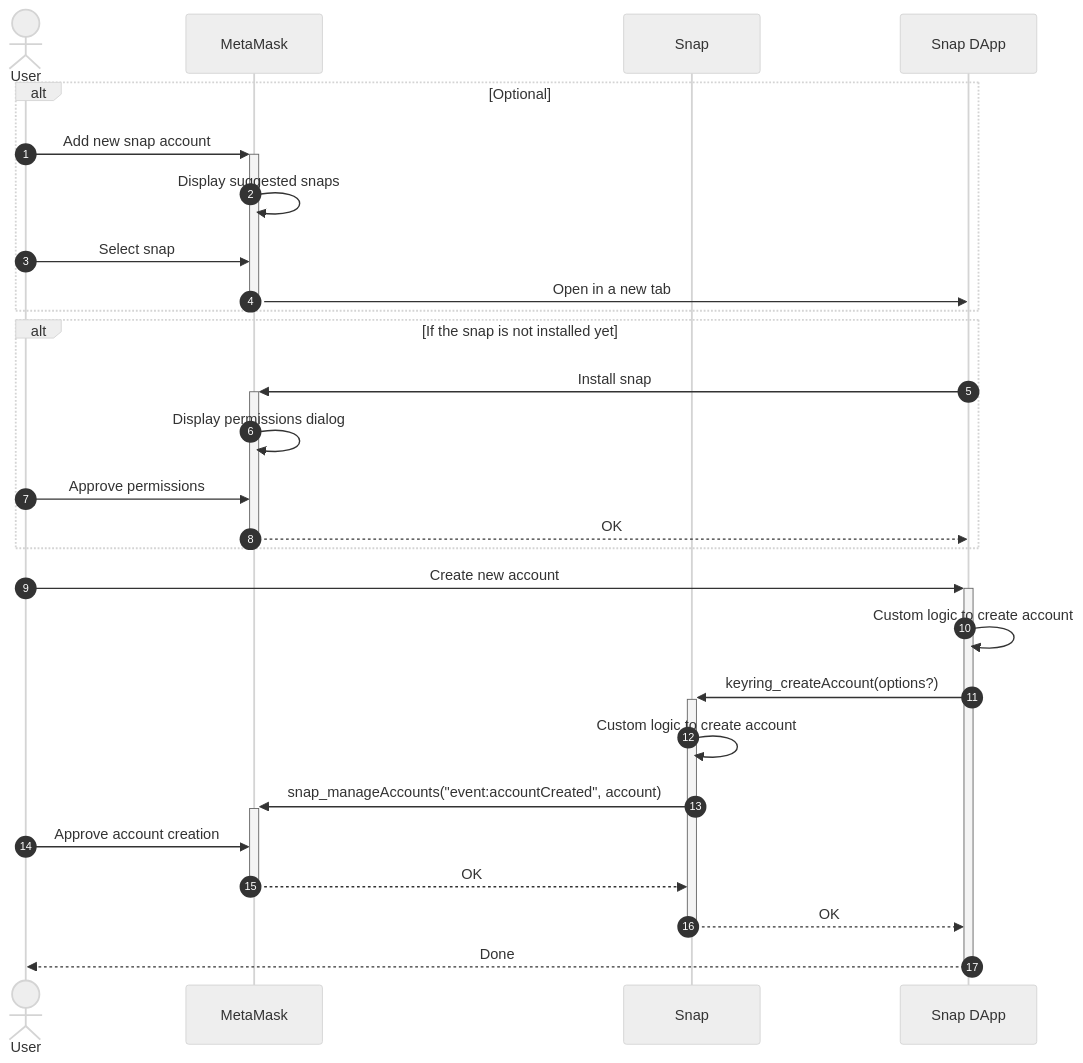
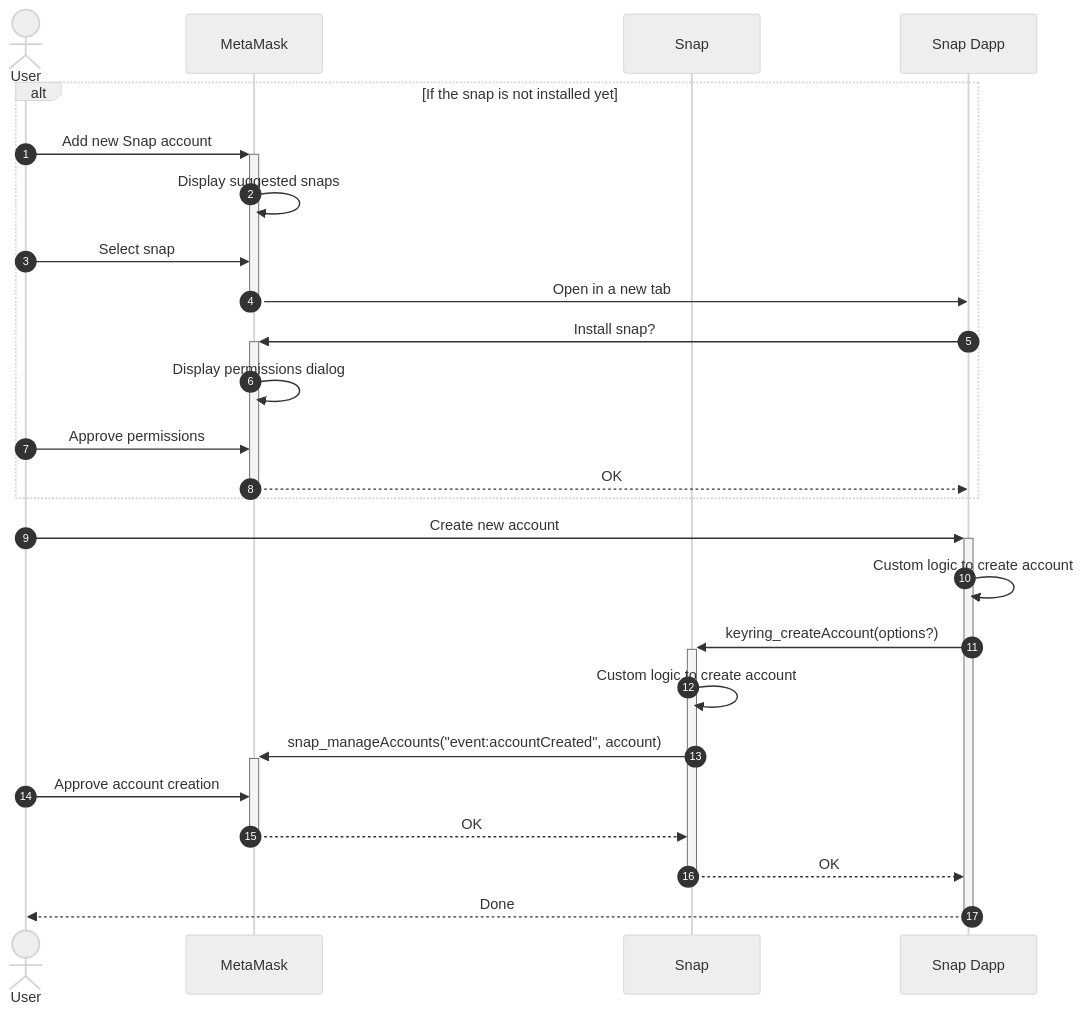
The second of 4 diagrams in docs/architecture.md (MetaMask/keyring-api), drawn with Mermaid (neutral theme) before and after one commit. The commit also changed other lines of this file and 3 other files, not shown here.

````diff
--- a/docs/architecture.md
+++ b/docs/architecture.md
@@ -55,34 +55,32 @@
 ```mermaid
 sequenceDiagram
 autonumber
 
 actor User
 participant MetaMask
 participant Snap
-participant Site as Snap DApp
+participant Site as Snap Dapp
 
-alt Optional
-  User ->>+ MetaMask: Add new snap account
+alt If the snap is not installed yet
+  User ->>+ MetaMask: Add new Snap account
   MetaMask ->> MetaMask: Display suggested snaps
   User ->> MetaMask: Select snap
   MetaMask ->> Site: Open in a new tab
   deactivate MetaMask
-end
 
-alt If the snap is not installed yet
-  Site ->>+ MetaMask: Install snap
+  Site ->>+ MetaMask: Install snap?
   MetaMask ->> MetaMask: Display permissions dialog
   User ->> MetaMask: Approve permissions
   MetaMask -->>- Site: OK
 end
 
 User ->>+ Site: Create new account
 Site ->> Site: Custom logic to create account
 Site ->>+ Snap: keyring_createAccount(options?)
 Snap ->> Snap: Custom logic to create account
 Snap ->>+ MetaMask: snap_manageAccounts("event:accountCreated", account)
 User ->> MetaMask: Approve account creation
 MetaMask -->>- Snap: OK
 Snap -->>- Site: OK
 Site -->>- User: Done
 ```
````
